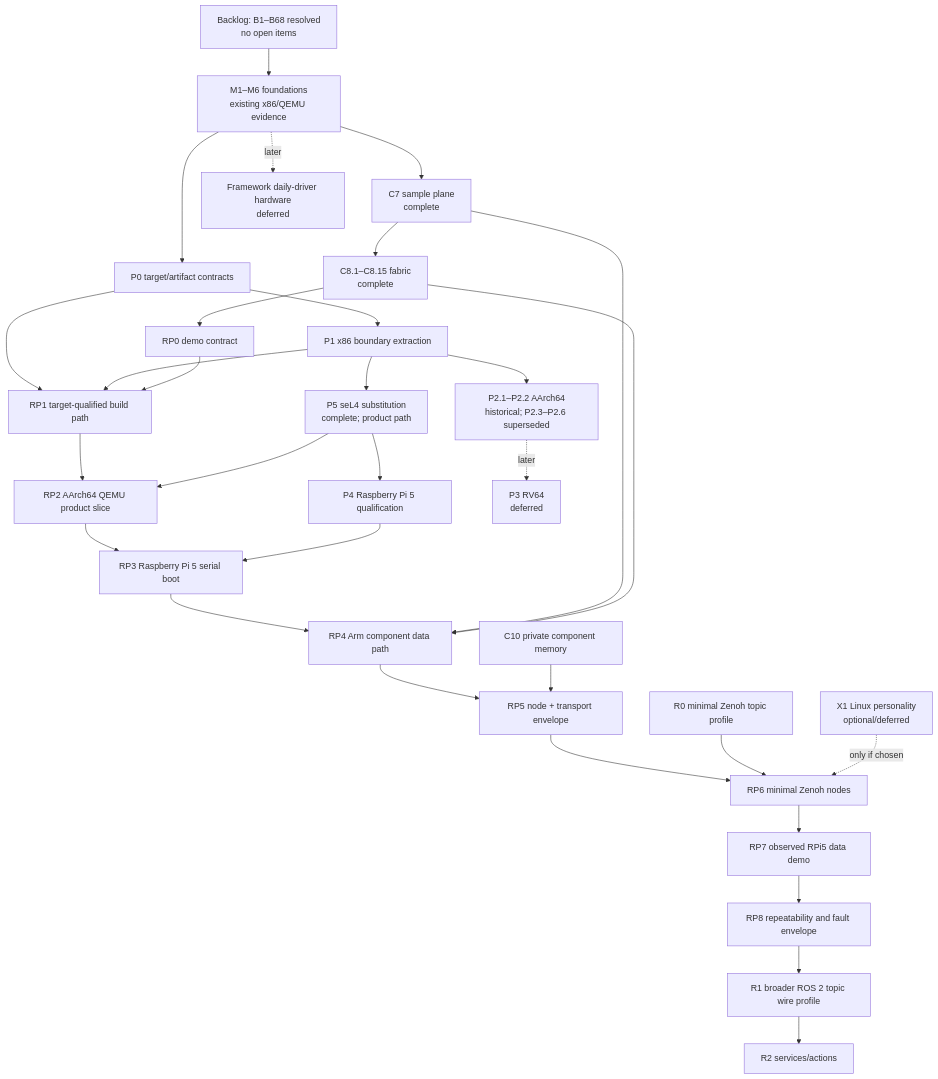
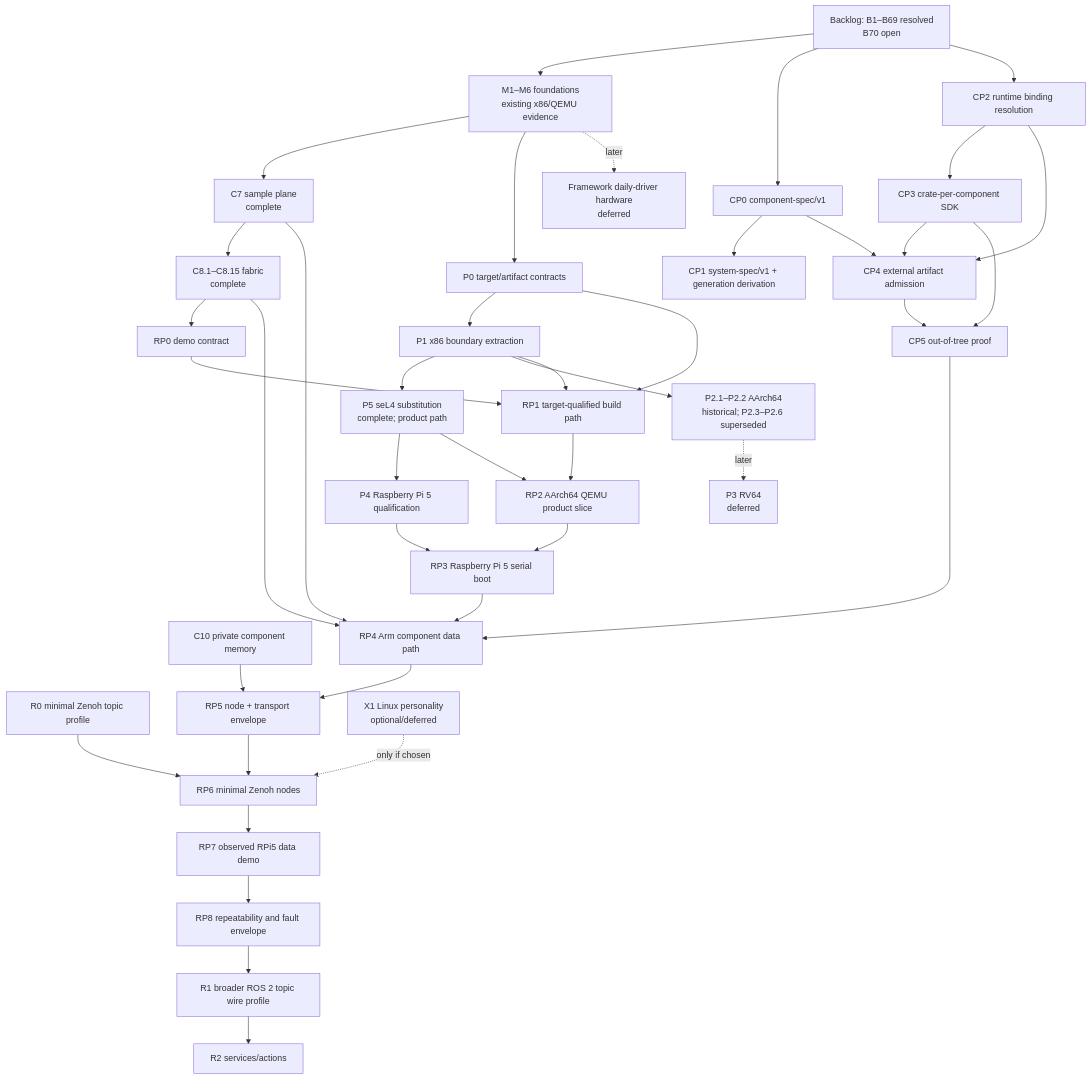
Before and after one commit to iceice666/slime_os: the diagram in roadmap/README.md, drawn with Mermaid. The commit also changed other lines of this file and 5 other files, not shown here.

````diff
--- a/roadmap/README.md
+++ b/roadmap/README.md
@@ -44,47 +45,63 @@
 ```mermaid
 flowchart TD
-    Backlog["Backlog: B1–B68 resolved\nno open items"]
+    Backlog["Backlog: B1–B69 resolved\nB70 open"]
     Foundations["M1–M6 foundations\nexisting x86/QEMU evidence"]
     C7["C7 sample plane\ncomplete"]
     C8["C8.1–C8.15 fabric\ncomplete"]
     P0["P0 target/artifact contracts"]
     P1["P1 x86 boundary extraction"]
     P2["P2.1–P2.2 AArch64\nhistorical; P2.3–P2.6 superseded"]
     P5["P5 seL4 substitution\ncomplete; product path"]
     P4["P4 Raspberry Pi 5 qualification"]
     C10["C10 private component memory"]
+    CP0["CP0 component-spec/v1"]
+    CP1["CP1 system-spec/v1 + generation derivation"]
+    CP2["CP2 runtime binding resolution"]
+    CP3["CP3 crate-per-component SDK"]
+    CP4["CP4 external artifact admission"]
+    CP5["CP5 out-of-tree proof"]
     R0["R0 minimal Zenoh topic profile"]
     RP0["RP0 demo contract"]
     RP1["RP1 target-qualified build path"]
     RP2["RP2 AArch64 QEMU product slice"]
     RP3["RP3 Raspberry Pi 5 serial boot"]
     RP4["RP4 Arm component data path"]
     RP5["RP5 node + transport envelope"]
     RP6["RP6 minimal Zenoh nodes"]
     RP7["RP7 observed RPi5 data demo"]
     RP8["RP8 repeatability and fault envelope"]
     R1["R1 broader ROS 2 topic wire profile"]
     R2["R2 services/actions"]
     Framework["Framework daily-driver hardware\ndeferred"]
     RV64["P3 RV64\ndeferred"]
     X1["X1 Linux personality\noptional/deferred"]
 
     Backlog --> Foundations
     Foundations --> C7 --> C8
     Foundations --> P0 --> P1 --> P5 --> P4
     P1 --> P2
     C8 --> RP0
     P0 --> RP1
     P1 --> RP1
     RP0 --> RP1 --> RP2 --> RP3 --> RP4 --> RP5 --> RP6 --> RP7 --> RP8
     P5 --> RP2
     P4 --> RP3
     C7 --> RP4
     C8 --> RP4
+    Backlog --> CP0
+    Backlog --> CP2
+    CP0 --> CP1
+    CP2 --> CP3
+    CP0 --> CP4
+    CP2 --> CP4
+    CP3 --> CP4
+    CP3 --> CP5
+    CP4 --> CP5
+    CP5 --> RP4
     C10 --> RP5
     R0 --> RP6
     X1 -.->|only if chosen| RP6
     RP8 --> R1 --> R2
     P2 -.->|later| RV64
     Foundations -.->|later| Framework
 ```
````
